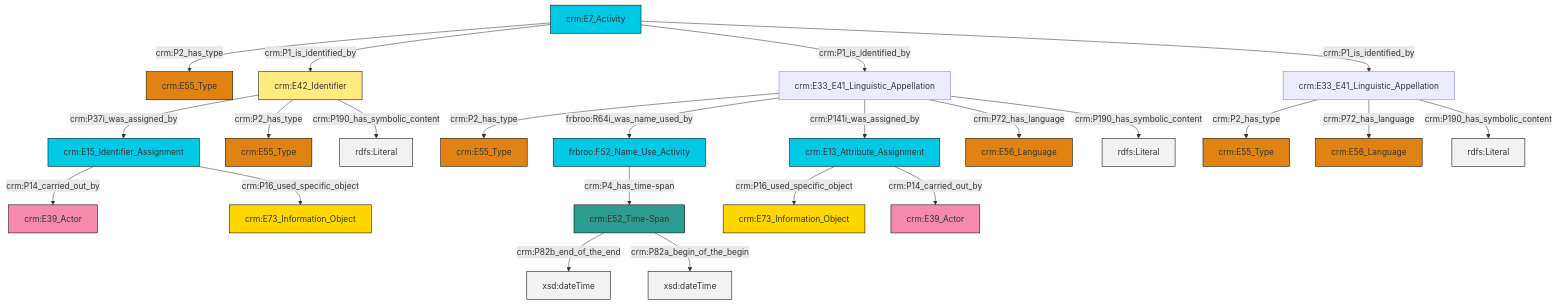
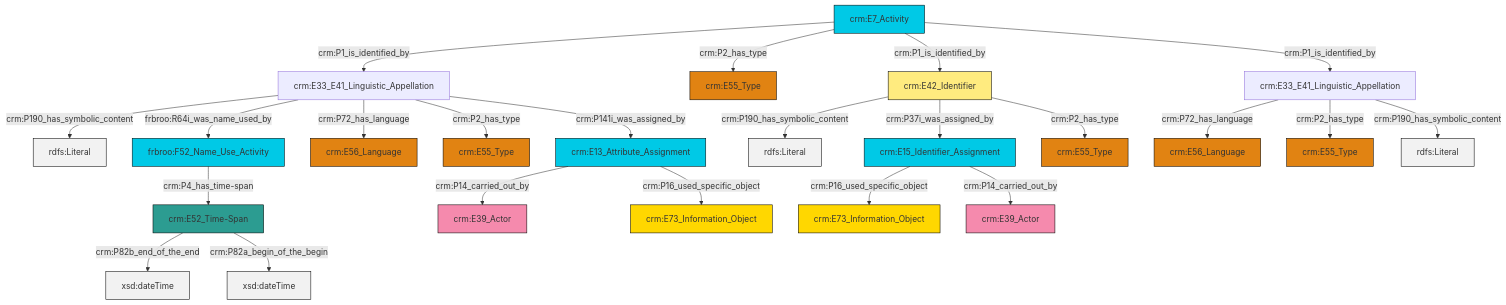
Before and after one commit to swiss-art-research-net/docs.swissartresearch: the diagram in et/eventCSV/ttl/mmd/event_name.ttl.mmd, drawn with Mermaid. The commit also changed 174 other files, not shown here.

```diff
--- a/et/eventCSV/ttl/mmd/event_name.ttl.mmd
+++ b/et/eventCSV/ttl/mmd/event_name.ttl.mmd
@@ -1,37 +1,37 @@
 graph TD
 classDef Literal fill:#f2f2f2,stroke:#000000;
 classDef CRM_Entity fill:#FFFFFF,stroke:#000000;
 classDef Temporal_Entity fill:#00C9E6, stroke:#000000;
 classDef Type fill:#E18312, stroke:#000000;
 classDef Time-Span fill:#2C9C91, stroke:#000000;
 classDef Appellation fill:#FFEB7F, stroke:#000000;
 classDef Place fill:#008836, stroke:#000000;
 classDef Persistent_Item fill:#B266B2, stroke:#000000;
 classDef Conceptual_Object fill:#FFD700, stroke:#000000;
 classDef Physical_Thing fill:#D2B48C, stroke:#000000;
 classDef Actor fill:#f58aad, stroke:#000000;
 classDef PC_Classes fill:#4ce600, stroke:#000000;
 classDef Multi fill:#cccccc,stroke:#000000;
 
-0["crm:E15_Identifier_Assignment"]:::Temporal_Entity -->|crm:P14_carried_out_by| 1["crm:E39_Actor"]:::Actor
-2["crm:E52_Time-Span"]:::Time-Span -->|crm:P82b_end_of_the_end| 3[xsd:dateTime]:::Literal
-6["crm:E33_E41_Linguistic_Appellation"]:::Default -->|crm:P2_has_type| 7["crm:E55_Type"]:::Type
-6["crm:E33_E41_Linguistic_Appellation"]:::Default -->|crm:P72_has_language| 4["crm:E56_Language"]:::Type
-19["crm:E7_Activity"]:::Temporal_Entity -->|crm:P2_has_type| 17["crm:E55_Type"]:::Type
-8["crm:E33_E41_Linguistic_Appellation"]:::Default -->|crm:P2_has_type| 15["crm:E55_Type"]:::Type
-22["crm:E13_Attribute_Assignment"]:::Temporal_Entity -->|crm:P16_used_specific_object| 23["crm:E73_Information_Object"]:::Conceptual_Object
-11["crm:E42_Identifier"]:::Appellation -->|crm:P37i_was_assigned_by| 0["crm:E15_Identifier_Assignment"]:::Temporal_Entity
-8["crm:E33_E41_Linguistic_Appellation"]:::Default -->|frbroo:R64i_was_name_used_by| 24["frbroo:F52_Name_Use_Activity"]:::Temporal_Entity
-8["crm:E33_E41_Linguistic_Appellation"]:::Default -->|crm:P141i_was_assigned_by| 22["crm:E13_Attribute_Assignment"]:::Temporal_Entity
-8["crm:E33_E41_Linguistic_Appellation"]:::Default -->|crm:P72_has_language| 13["crm:E56_Language"]:::Type
-0["crm:E15_Identifier_Assignment"]:::Temporal_Entity -->|crm:P16_used_specific_object| 26["crm:E73_Information_Object"]:::Conceptual_Object
-19["crm:E7_Activity"]:::Temporal_Entity -->|crm:P1_is_identified_by| 11["crm:E42_Identifier"]:::Appellation
-8["crm:E33_E41_Linguistic_Appellation"]:::Default -->|crm:P190_has_symbolic_content| 27[rdfs:Literal]:::Literal
-2["crm:E52_Time-Span"]:::Time-Span -->|crm:P82a_begin_of_the_begin| 28[xsd:dateTime]:::Literal
-6["crm:E33_E41_Linguistic_Appellation"]:::Default -->|crm:P190_has_symbolic_content| 30[rdfs:Literal]:::Literal
-24["frbroo:F52_Name_Use_Activity"]:::Temporal_Entity -->|crm:P4_has_time-span| 2["crm:E52_Time-Span"]:::Time-Span
-22["crm:E13_Attribute_Assignment"]:::Temporal_Entity -->|crm:P14_carried_out_by| 34["crm:E39_Actor"]:::Actor
-11["crm:E42_Identifier"]:::Appellation -->|crm:P2_has_type| 20["crm:E55_Type"]:::Type
-19["crm:E7_Activity"]:::Temporal_Entity -->|crm:P1_is_identified_by| 8["crm:E33_E41_Linguistic_Appellation"]:::Default
-11["crm:E42_Identifier"]:::Appellation -->|crm:P190_has_symbolic_content| 39[rdfs:Literal]:::Literal
-19["crm:E7_Activity"]:::Temporal_Entity -->|crm:P1_is_identified_by| 6["crm:E33_E41_Linguistic_Appellation"]:::Default
+2["crm:E33_E41_Linguistic_Appellation"]:::Default -->|crm:P72_has_language| 3["crm:E56_Language"]:::Type
+7["crm:E33_E41_Linguistic_Appellation"]:::Default -->|crm:P190_has_symbolic_content| 8[rdfs:Literal]:::Literal
+5["frbroo:F52_Name_Use_Activity"]:::Temporal_Entity -->|crm:P4_has_time-span| 9["crm:E52_Time-Span"]:::Time-Span
+10["crm:E13_Attribute_Assignment"]:::Temporal_Entity -->|crm:P14_carried_out_by| 11["crm:E39_Actor"]:::Actor
+12["crm:E42_Identifier"]:::Appellation -->|crm:P190_has_symbolic_content| 13[rdfs:Literal]:::Literal
+15["crm:E7_Activity"]:::Temporal_Entity -->|crm:P1_is_identified_by| 7["crm:E33_E41_Linguistic_Appellation"]:::Default
+15["crm:E7_Activity"]:::Temporal_Entity -->|crm:P2_has_type| 18["crm:E55_Type"]:::Type
+9["crm:E52_Time-Span"]:::Time-Span -->|crm:P82b_end_of_the_end| 19[xsd:dateTime]:::Literal
+7["crm:E33_E41_Linguistic_Appellation"]:::Default -->|frbroo:R64i_was_name_used_by| 5["frbroo:F52_Name_Use_Activity"]:::Temporal_Entity
+2["crm:E33_E41_Linguistic_Appellation"]:::Default -->|crm:P2_has_type| 20["crm:E55_Type"]:::Type
+12["crm:E42_Identifier"]:::Appellation -->|crm:P37i_was_assigned_by| 0["crm:E15_Identifier_Assignment"]:::Temporal_Entity
+15["crm:E7_Activity"]:::Temporal_Entity -->|crm:P1_is_identified_by| 12["crm:E42_Identifier"]:::Appellation
+7["crm:E33_E41_Linguistic_Appellation"]:::Default -->|crm:P72_has_language| 25["crm:E56_Language"]:::Type
+7["crm:E33_E41_Linguistic_Appellation"]:::Default -->|crm:P2_has_type| 16["crm:E55_Type"]:::Type
+0["crm:E15_Identifier_Assignment"]:::Temporal_Entity -->|crm:P16_used_specific_object| 32["crm:E73_Information_Object"]:::Conceptual_Object
+9["crm:E52_Time-Span"]:::Time-Span -->|crm:P82a_begin_of_the_begin| 33[xsd:dateTime]:::Literal
+15["crm:E7_Activity"]:::Temporal_Entity -->|crm:P1_is_identified_by| 2["crm:E33_E41_Linguistic_Appellation"]:::Default
+0["crm:E15_Identifier_Assignment"]:::Temporal_Entity -->|crm:P14_carried_out_by| 28["crm:E39_Actor"]:::Actor
+12["crm:E42_Identifier"]:::Appellation -->|crm:P2_has_type| 36["crm:E55_Type"]:::Type
+10["crm:E13_Attribute_Assignment"]:::Temporal_Entity -->|crm:P16_used_specific_object| 22["crm:E73_Information_Object"]:::Conceptual_Object
+2["crm:E33_E41_Linguistic_Appellation"]:::Default -->|crm:P190_has_symbolic_content| 38[rdfs:Literal]:::Literal
+7["crm:E33_E41_Linguistic_Appellation"]:::Default -->|crm:P141i_was_assigned_by| 10["crm:E13_Attribute_Assignment"]:::Temporal_Entity
```
